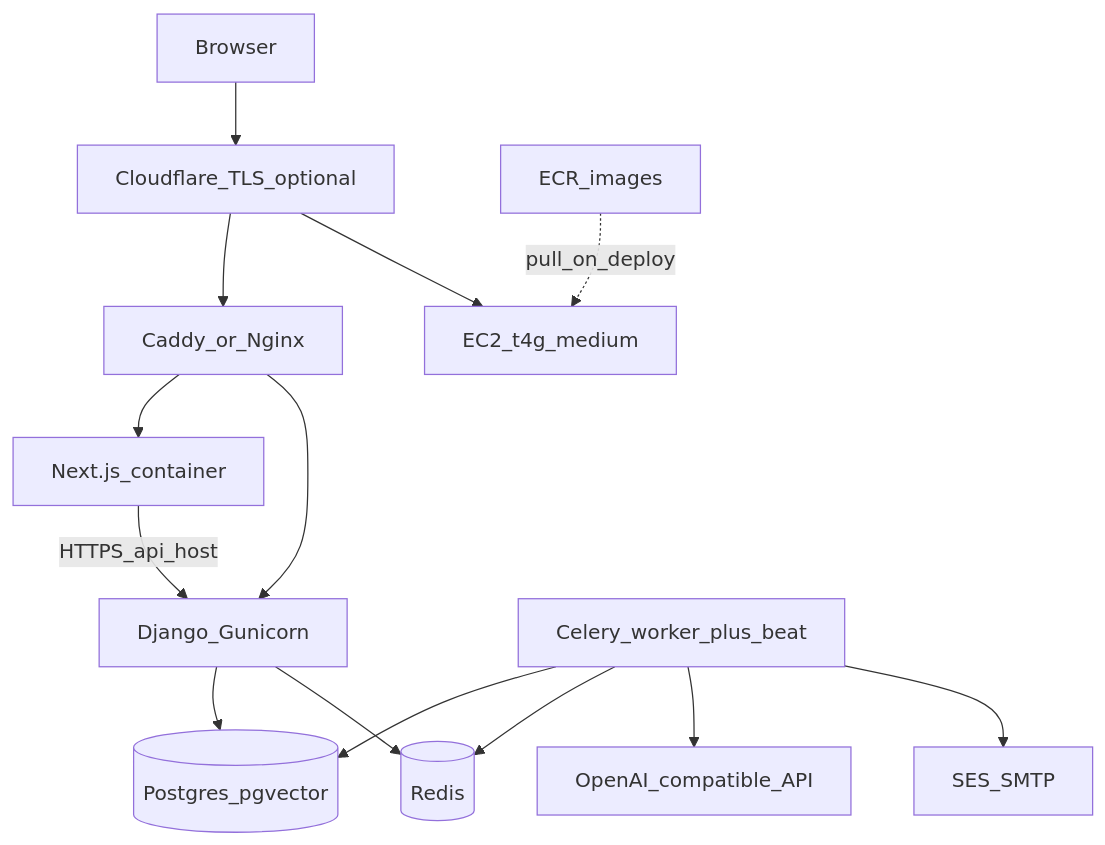
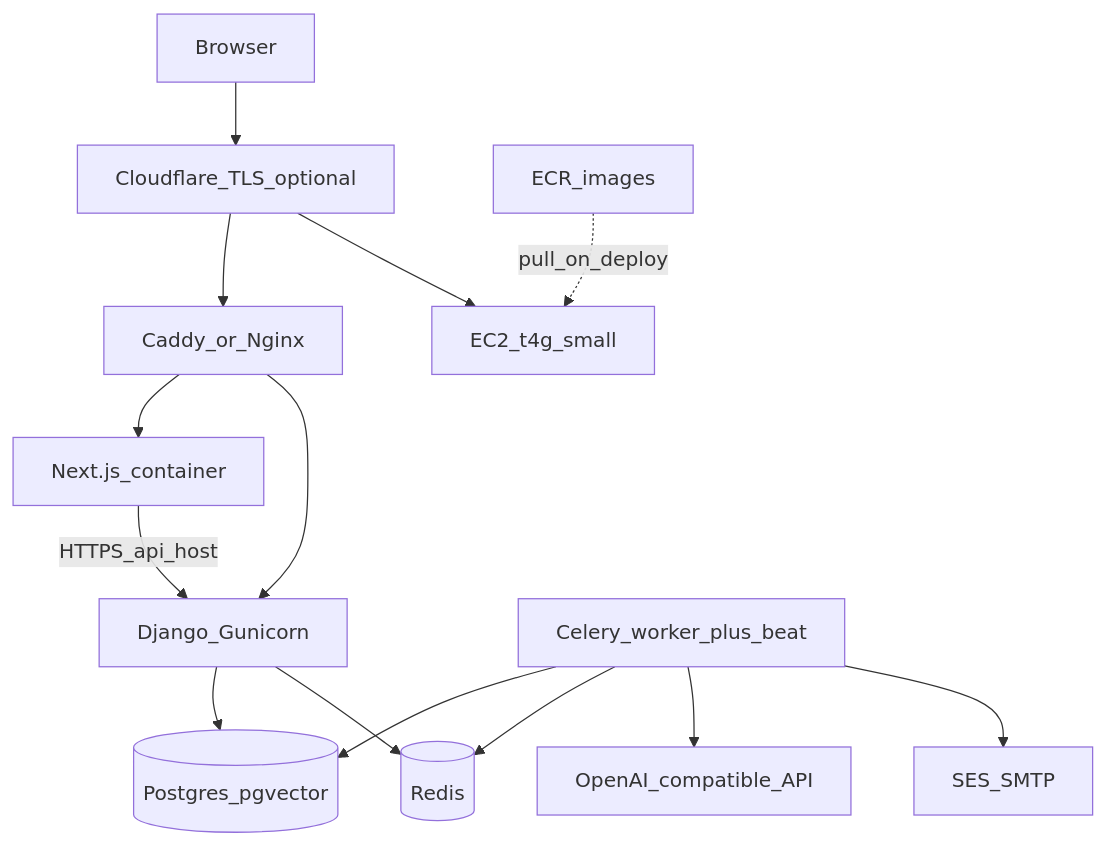
The first of 2 diagrams in docs/aws-deployment.md (akashsharma-neo/news-pulse-backend), drawn with Mermaid before and after one commit. The commit also changed other lines of this file and 37 other files, not shown here.

````diff
--- a/docs/aws-deployment.md
+++ b/docs/aws-deployment.md
@@ -32,28 +32,28 @@
 ```mermaid
 flowchart TB
   user[Browser]
   cf[Cloudflare_TLS_optional]
-  ec2[EC2_t4g_medium]
+  ec2[EC2_t4g_small]
   proxy[Caddy_or_Nginx]
   next[Next.js_container]
   django[Django_Gunicorn]
   celery[Celery_worker_plus_beat]
   pg[(Postgres_pgvector)]
   redis[(Redis)]
   ecr[ECR_images]
   llm[OpenAI_compatible_API]
   smtp[SES_SMTP]
 
   user --> cf --> proxy
   cf --> ec2
   proxy --> next
   proxy --> django
   next -->|HTTPS_api_host| django
   django --> pg
   django --> redis
   celery --> pg
   celery --> redis
   celery --> llm
   celery --> smtp
   ecr -.->|pull_on_deploy| ec2
 ```
````
